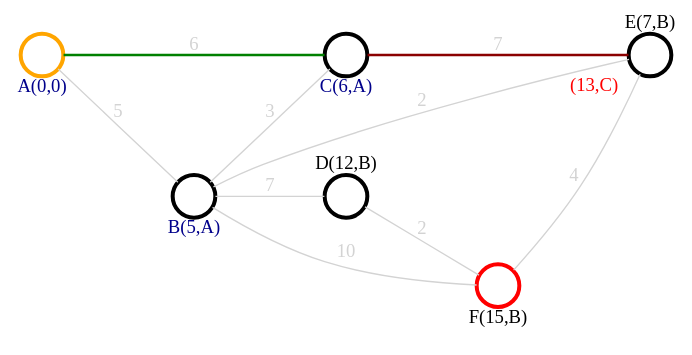
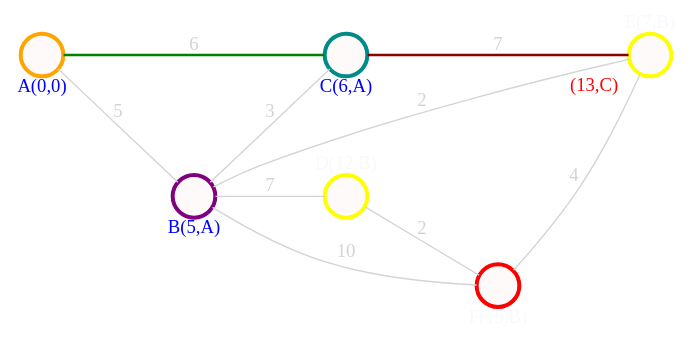
One commit to dgudim2/obsidian_vault changed the fourth of 6 diagrams in uni/Discrete math/Graphs/Graphs - shortest path.md. Above: the diagram before and after it, drawn with Graphviz. The commit also changed other lines of this file and 7 other files, not shown here.

````diff
--- a/uni/Discrete math/Graphs/Graphs - shortest path.md
+++ b/uni/Discrete math/Graphs/Graphs - shortest path.md
@@ -217,44 +217,44 @@
 ```dot 
 graph neato { 
 
 bgcolor="transparent" 
 
 rankdir="LR"
 
 graph [layout = dot, ranksep=1,nodesep=.5] 
 
 subgraph cluster_space {
 	graph [peripheries=0]
 	
 	node [shape = circle, 
 	      style = filled, 
 	      width=0.45, 
 	      height=0.45, 
-	      color=darkyellow, 
-	      fillcolor=white, 
-	      fontcolor=brightwhite,
+	      color=yellow, 
+	      fillcolor=snow, 
+	      fontcolor=ghostwhite,
 	      fixedsize=true,
 	      penwidth=3] 
 	
-	a [label="\n\n\nA(0,0)",color=orange,fontcolor=darkblue]
-	b [label="\n\n\nB(5,A)",color=darkpurple,fontcolor=darkblue]
-	c [label="\n\n\nC(6,A)",color=darkaqua,fontcolor=darkblue]
+	a [label="\n\n\nA(0,0)",color=orange,fontcolor=blue]
+	b [label="\n\n\nB(5,A)",color=purple,fontcolor=blue]
+	c [label="\n\n\nC(6,A)",color=darkcyan,fontcolor=blue]
 	d [label="D(12,B)\n\n\n\n"]
 	e [label="E(7,B)\n\n\n\n",xlabel=<<font color="red">(13,C)</font>>]
 	f [label="\n\n\nF(15,B)",color=red]
 	
 	edge [color=lightgray, fontcolor=lightgray]  
 	
 	a -- b [label="5",weight=5]
 	a -- c [label="6",weight=6,color=green,penwidth=2]
 	b -- e [label="2",weight=2]
 	b -- f [label="10",weight=10]
 	b -- c [label="3",weight=3]
 	b -- d [label="7",weight=7]
 	c -- e [label="7",weight=7,color=darkred,penwidth=2]
 	d -- f [label="2",weight=2]
 	f -- e [label="4",weight=4]
 	
 	}
 } 
 ```
````
